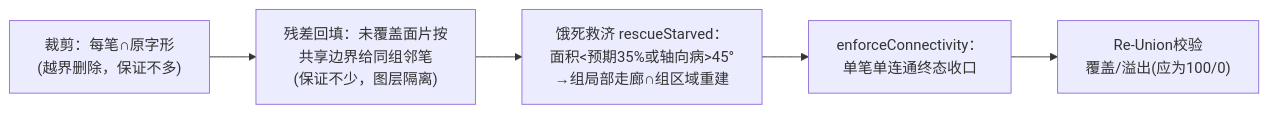
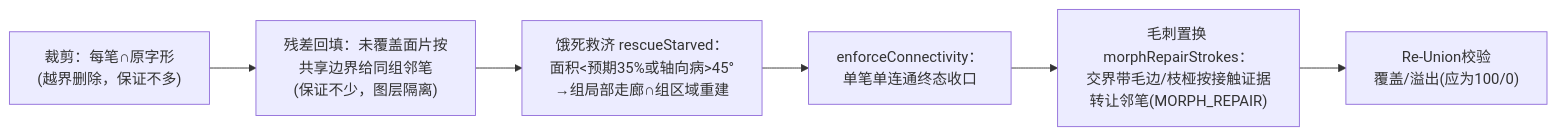
One commit to lulilulili/TearHanZiApart changed the fourth of 4 diagrams in docs/算法说明.md. Above: the diagram before and after it, drawn with Mermaid. The commit also changed other lines of this file and 1 other file, not shown here.

````diff
--- a/docs/算法说明.md
+++ b/docs/算法说明.md
@@ -115,8 +115,9 @@
 ```mermaid
 flowchart LR
     C1["裁剪：每笔∩原字形<br>(越界删除，保证不多)"]
     C2["残差回填：未覆盖面片按<br>共享边界给同组邻笔<br>(保证不少，图层隔离)"]
     C3["饿死救济 rescueStarved：<br>面积<预期35%或轴向病>45°<br>→组局部走廊∩组区域重建"]
     C4["enforceConnectivity：<br>单笔单连通终态收口"]
-    C1 --> C2 --> C3 --> C4 --> U["Re-Union校验<br>覆盖/溢出(应为100/0)"]
+    C5["毛刺置换 morphRepairStrokes：<br>交界带毛边/枝桠按接触证据<br>转让邻笔(MORPH_REPAIR)"]
+    C1 --> C2 --> C3 --> C4 --> C5 --> U["Re-Union校验<br>覆盖/溢出(应为100/0)"]
 ```
````
